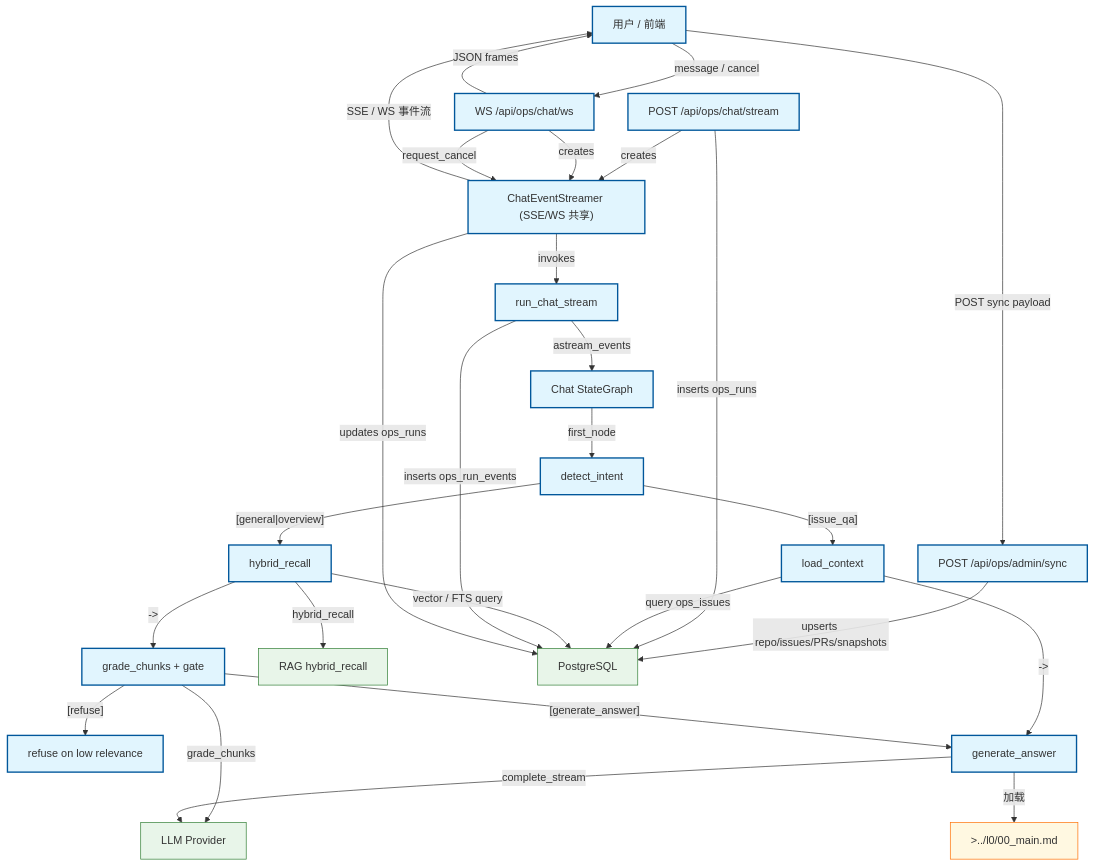
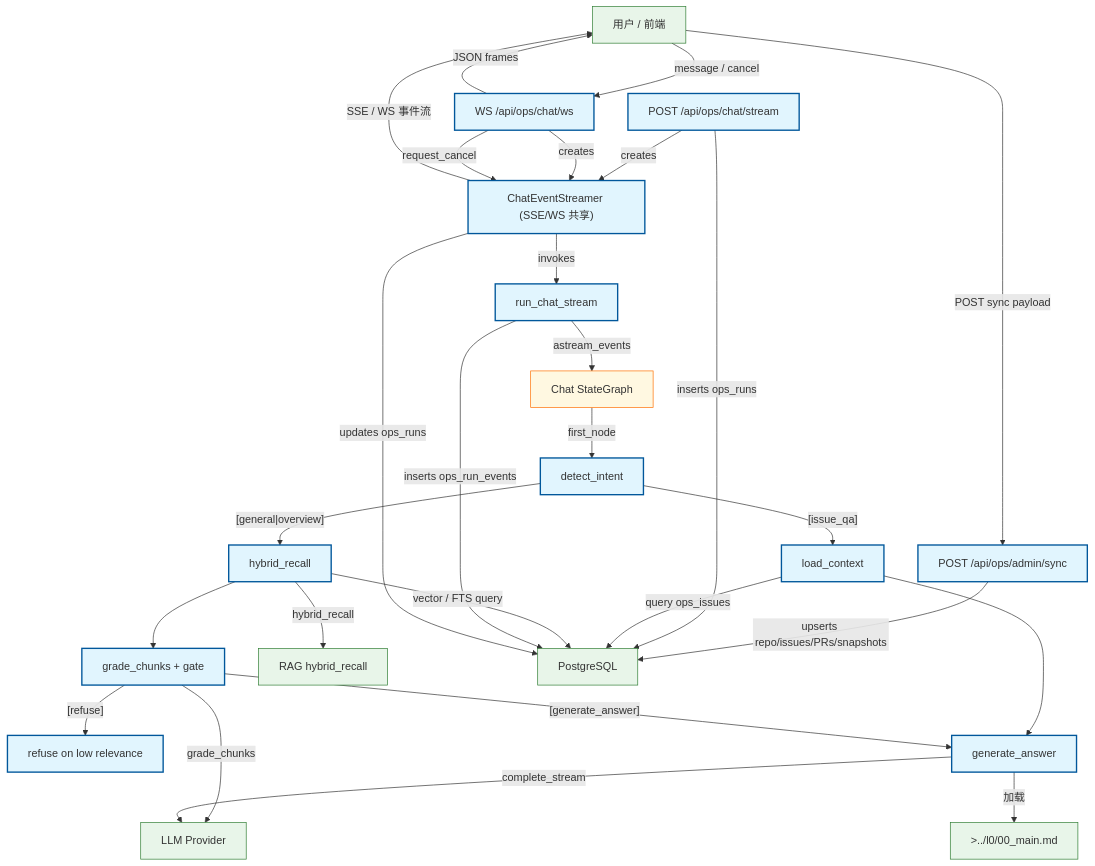
Before and after one commit to Cyning12/ops-desk-api: the diagram in docs/_tech_graph/l1/10_flow_chat.md, drawn with Mermaid. The commit also changed other lines of this file and 19 other files, not shown here.

Commit message:
chore(graph): 命令面正式切换 @cyning/harness → dsh-coding-kit 1.6.1（SPEC §6 执行；normalize 降 check-only 护栏；graph.json 留本仓脚本；双路径回滚实证）

````diff
--- a/docs/_tech_graph/l1/10_flow_chat.md
+++ b/docs/_tech_graph/l1/10_flow_chat.md
@@ -14,73 +14,72 @@
 ```mermaid
 flowchart TB
     client["用户 / 前端"]
     chat_stream["POST /api/ops/chat/stream"]
     chat_ws["WS /api/ops/chat/ws"]
     event_gen["ChatEventStreamer (SSE/WS 共享)"]
-    chat_service[run_chat_stream]
+    chat_service["run_chat_stream"]
     stategraph["Chat StateGraph"]
-    intent[detect_intent]
-    context[load_context]
-    retrieve[hybrid_recall]
+    intent["detect_intent"]
+    context["load_context"]
+    retrieve["hybrid_recall"]
     grade["grade_chunks + gate"]
     refuse_answer["refuse on low relevance"]
-    answer[generate_answer]
+    answer["generate_answer"]
     rag["RAG hybrid_recall"]
     llm["LLM Provider"]
-    db[PostgreSQL]
+    db["PostgreSQL"]
     main_doc[">../l0/00_main.md"]
     admin_sync["POST /api/ops/admin/sync"]
 
     client -->|"POST sync payload"| admin_sync
     %% → app/ops/admin/sync.py#L29
     admin_sync -->|"upserts repo/issues/PRs/snapshots"| db
     %% → app/ops/admin/sync.py#L36
     chat_stream -->|"creates"| event_gen
     %% → app/ops/chat/router.py#L75
     client -->|"message / cancel"| chat_ws
     %% → app/ops/chat/ws.py#L79
     chat_ws -->|"creates"| event_gen
     %% → app/ops/chat/ws.py#L165
     chat_ws -->|"JSON frames"| client
     chat_ws -->|"request_cancel"| event_gen
     chat_stream -->|"inserts ops_runs"| db
     event_gen -->|"SSE / WS 事件流"| client
     event_gen -->|"invokes"| chat_service
     %% → app/ops/chat/streaming.py#L232
     chat_service -->|"astream_events"| stategraph
     %% → app/ops/chat/service.py#L31
     %% → app/ops/chat/graph.py#L29
     stategraph -->|"first_node"| intent
     %% → app/ops/chat/graph.py#L37
     intent -->|"[issue_qa]"| context
     %% → app/ops/chat/graph.py#L40
-    intent -->|"[general|overview]"| retrieve
+    intent -->|"[general#124;overview]"| retrieve
     %% → app/ops/chat/graph.py#L40
     context -->|"query ops_issues"| db
-    context -->|"->"| answer
+    context --> answer
     %% → app/ops/chat/graph.py#L49
     retrieve -->|"hybrid_recall"| rag
     %% → app/ops/chat/rag_nodes.py#L64
     %% → app/ops/rag/retrieve.py::hybrid_recall
     retrieve -->|"vector / FTS query"| db
-    retrieve -->|"->"| grade
+    retrieve --> grade
     %% → app/ops/chat/graph.py#L50
     grade -->|"[refuse]"| refuse_answer
     %% → app/ops/chat/graph.py#L51
     grade -->|"[generate_answer]"| answer
     %% → app/ops/chat/graph.py#L51
     grade -->|"grade_chunks"| llm
     answer -->|"complete_stream"| llm
     %% → app/ops/chat/nodes.py#L176
     chat_service -->|"inserts ops_run_events"| db
     event_gen -->|"updates ops_runs"| db
     answer -->|"加载"| main_doc
 
     classDef phase fill:#e1f5fe,stroke:#01579b,stroke-width:2px
     classDef doc fill:#fff8e1,stroke:#ff6f00,stroke-width:1px
     classDef infra fill:#e8f5e9,stroke:#2e7d32,stroke-width:1px
-
-    class client,chat_stream,chat_ws,event_gen,chat_service,stategraph,intent,context,retrieve,grade,refuse_answer,answer,admin_sync phase
-    class main_doc doc
-    class rag,llm,db infra
+    class chat_stream,chat_ws,event_gen,chat_service,intent,context,retrieve,grade,refuse_answer,answer,admin_sync phase
+    class stategraph doc
+    class client,rag,llm,db,main_doc infra
 ```
````
